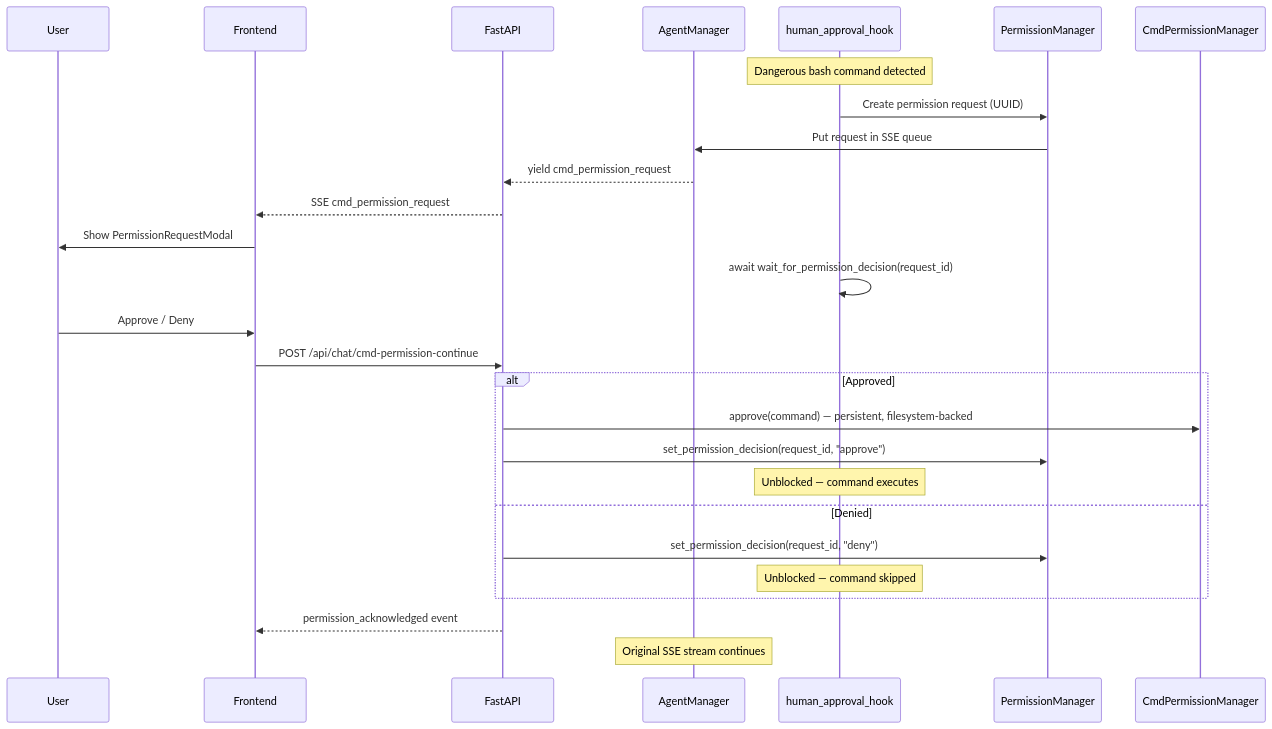
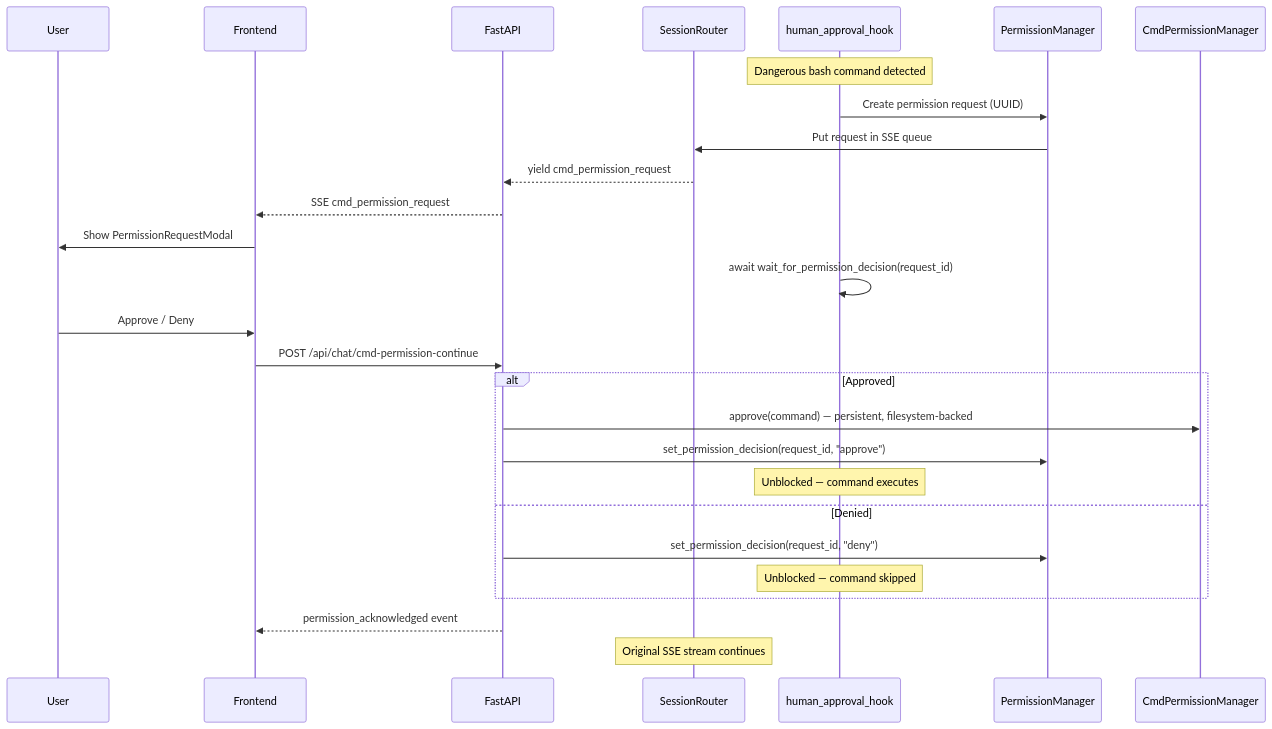
Diagram 17 of 20 in .kiro/specs/system-specs/FLOWCHARTS.md (xg-gh-25/SwarmAI), drawn with Mermaid before and after one commit. The commit also changed other lines of this file and 7 other files, not shown here.

First line of the commit message:
docs: refresh system-specs for multi-session re-architecture

````diff
--- a/.kiro/specs/system-specs/FLOWCHARTS.md
+++ b/.kiro/specs/system-specs/FLOWCHARTS.md
@@ -476,33 +476,33 @@
 ```mermaid
 sequenceDiagram
     participant User
     participant FE as Frontend
     participant API as FastAPI
-    participant AM as AgentManager
+    participant AM as SessionRouter
     participant Hook as human_approval_hook
     participant PM as PermissionManager
     participant CmdPM as CmdPermissionManager
 
     Note over Hook: Dangerous bash command detected
     Hook->>PM: Create permission request (UUID)
     PM->>AM: Put request in SSE queue
     AM-->>API: yield cmd_permission_request
     API-->>FE: SSE cmd_permission_request
     FE->>User: Show PermissionRequestModal
     Hook->>Hook: await wait_for_permission_decision(request_id)
 
     User->>FE: Approve / Deny
     FE->>API: POST /api/chat/cmd-permission-continue
 
     alt Approved
         API->>CmdPM: approve(command) — persistent, filesystem-backed
         API->>PM: set_permission_decision(request_id, "approve")
         Note over Hook: Unblocked — command executes
     else Denied
         API->>PM: set_permission_decision(request_id, "deny")
         Note over Hook: Unblocked — command skipped
     end
 
     API-->>FE: permission_acknowledged event
     Note over AM: Original SSE stream continues
 ```
````
